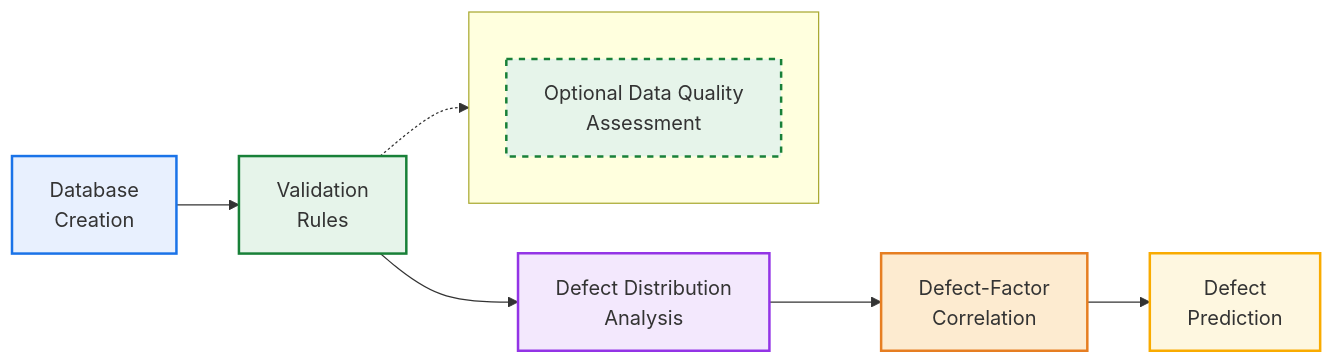
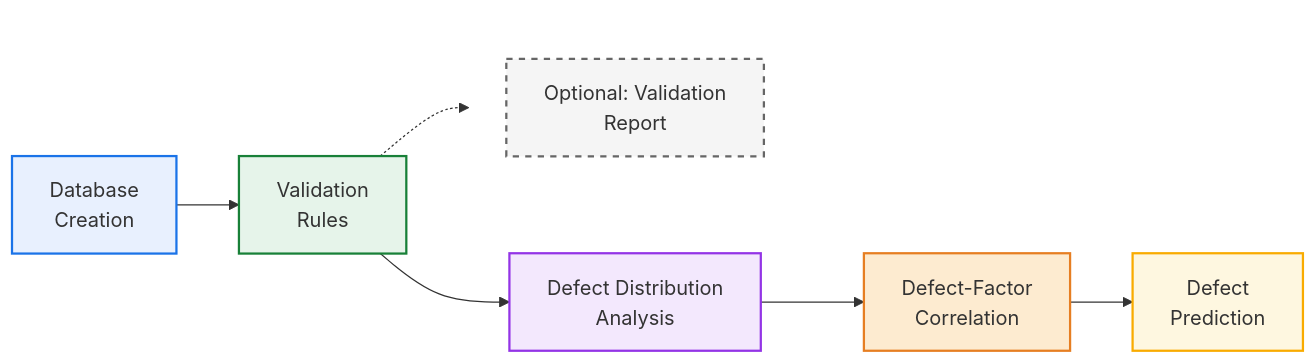
Before and after one commit to SewerDefectAnalysis/.github: the diagram in profile/README.md, drawn with Mermaid.

````diff
--- a/profile/README.md
+++ b/profile/README.md
@@ -2,33 +2,34 @@
 ```mermaid
 %%{init: {'flowchart': {'nodeSpacing': 40, 'rankSpacing': 50}}}%%
 flowchart LR
 
     A[Database<br/>Creation]:::data --> B[Validation<br/>Rules]:::validation
     B --> D[Defect Distribution<br/>Analysis]:::analysis
     D --> E[Defect-Factor<br/>Correlation]:::analysisP2
     E --> F[Defect<br/>Prediction]:::prediction
 
     %% Optional branch BELOW
     subgraph optional_branch[ ]
         direction TB
-        C[Optional Data Quality<br/>Assessment]:::optional
+        C[Optional: Validation<br/>Report]:::optional
     end
-
+    style optional_branch fill:none,stroke:none
     B -.-> C
 
     %% Click links
     click A "https://github.com/SewerDefectAnalysis/Database_Structure"
-    click B "https://github.com/your-org/validation-repo"
-    click C "https://github.com/your-org/quality-repo"
-    click D "https://github.com/your-org/distribution-repo"
-    click E "https://github.com/your-org/correlation-repo"
-    click F "https://github.com/your-org/prediction-repo"
+    click B "https://github.com/SewerDefectAnalysis/Database_Structure"
+    click C "https://github.com/SewerDefectAnalysis/Database_Structure"
+    click D "https://github.com/SewerDefectAnalysis/Database_Structure"
+    click E "https://github.com/SewerDefectAnalysis/Database_Structure"
+    click F "https://github.com/SewerDefectAnalysis/Database_Structure"
 
     %% Styles
-    classDef data fill:#E8F0FE,stroke:#1A73E8,stroke-width:2px
-    classDef validation fill:#E6F4EA,stroke:#188038,stroke-width:2px
-    classDef analysis fill:#F3E8FD,stroke:#9334E6,stroke-width:2px
-    classDef analysisP2 fill:#FDEBD0,stroke:#E67E22,stroke-width:2px
-    classDef prediction fill:#FEF7E0,stroke:#F9AB00,stroke-width:2px
-    classDef optional fill:#E6F4EA,stroke:#188038,stroke-width:2px,stroke-dasharray: 5 5
+    classDef data fill:#E8F0FE,stroke:#1A73E8,stroke-width:1.8px
+    classDef validation fill:#E6F4EA,stroke:#188038,stroke-width:1.8px
+    classDef analysis fill:#F3E8FD,stroke:#9334E6,stroke-width:1.8px
+    classDef analysisP2 fill:#FDEBD0,stroke:#E67E22,stroke-width:1.8px
+    classDef prediction fill:#FEF7E0,stroke:#F9AB00,stroke-width:1.8px
+    classDef optional fill:#F5F5F5,stroke:#666666,stroke-width:1.8px,stroke-dasharray: 5 5
+
 ```
````
